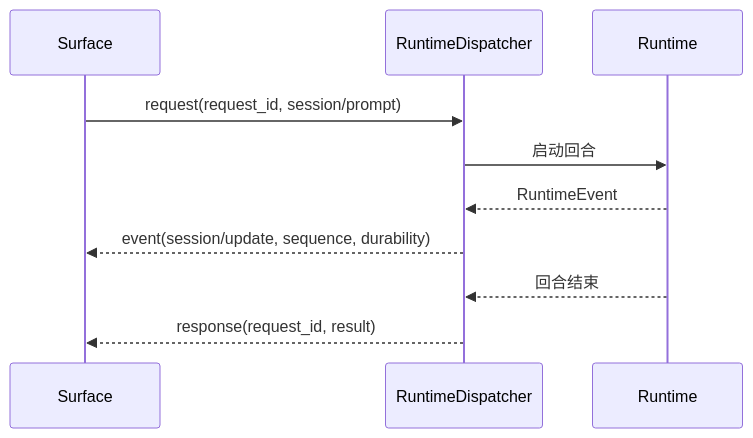
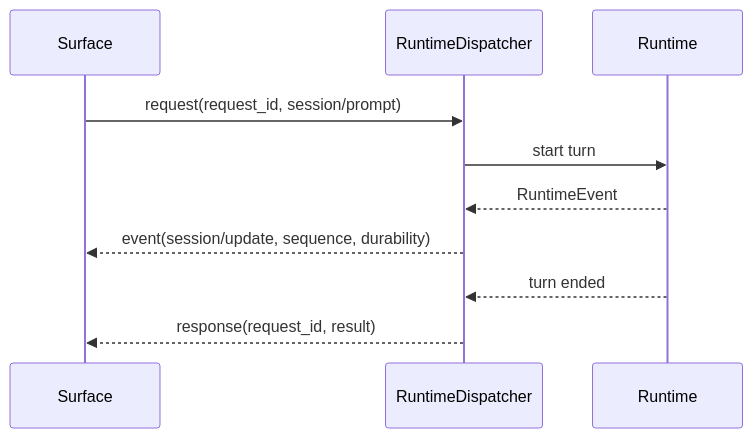
One commit to Azzurroooo/rind changed the diagram in docs/internals/00-architecture/protocol.md. Above: the diagram before and after it, drawn with Mermaid. The commit also changed other lines of this file and 109 other files, not shown here.

```diff
--- a/docs/internals/00-architecture/protocol.md
+++ b/docs/internals/00-architecture/protocol.md
@@ -5,12 +7,12 @@
 ~~~mermaid
 sequenceDiagram
     participant S as Surface
     participant D as RuntimeDispatcher
     participant R as Runtime
     S->>D: request(request_id, session/prompt)
-    D->>R: 启动回合
+    D->>R: start turn
     R-->>D: RuntimeEvent
     D-->>S: event(session/update, sequence, durability)
-    R-->>D: 回合结束
+    R-->>D: turn ended
     D-->>S: response(request_id, result)
 ~~~
```
